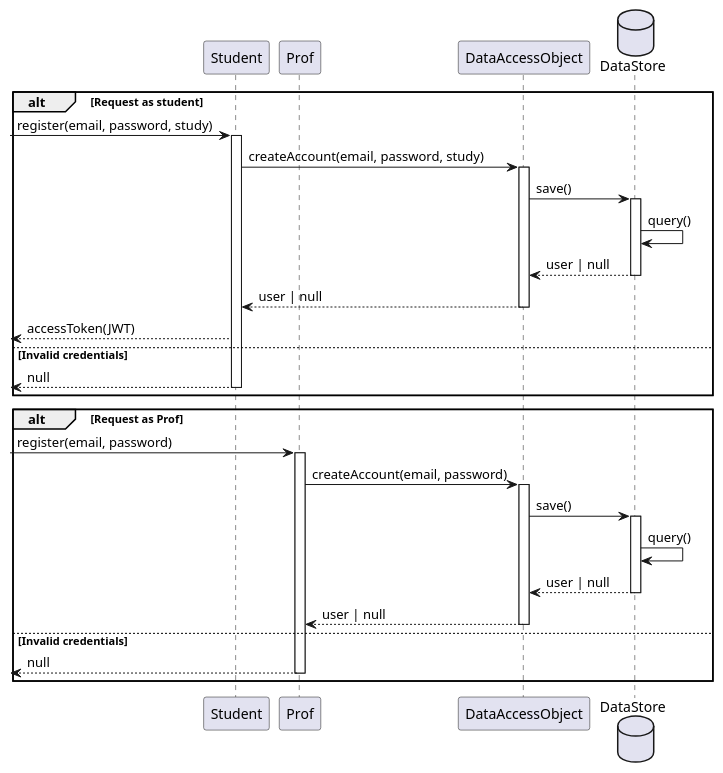
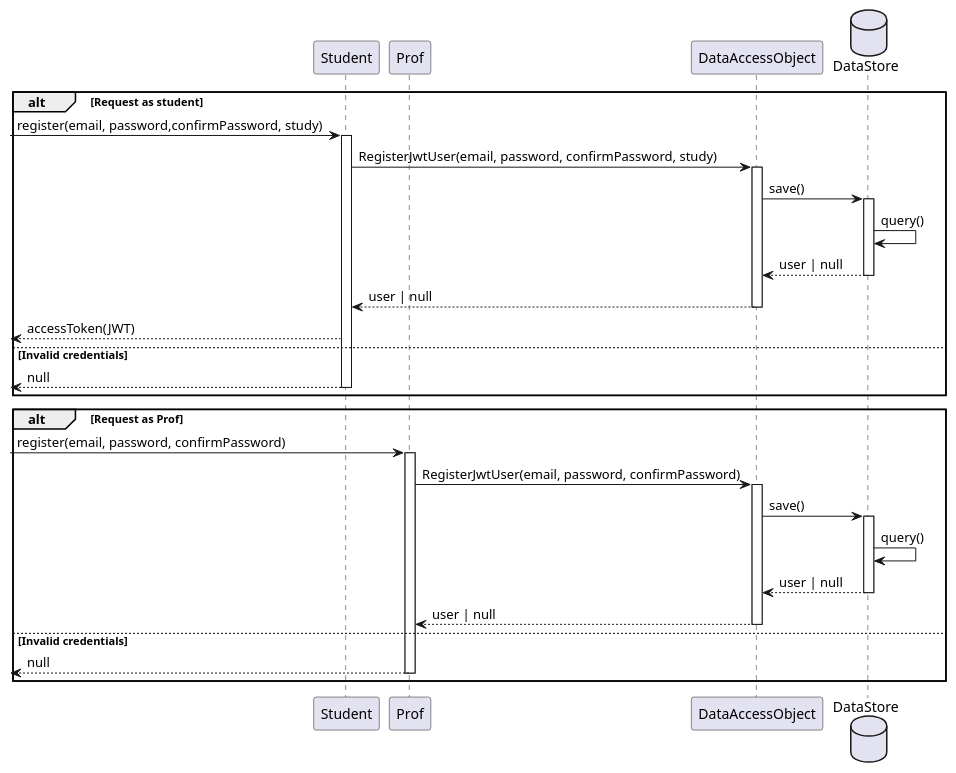
One commit to Singh-Kiran-P/StuNet changed the diagram in Diagrams/Sequence_Diagrams/Auth/Register.puml. Above: the diagram before and after it, drawn with PlantUML.

```diff
--- a/Diagrams/Sequence_Diagrams/Auth/Register.puml
+++ b/Diagrams/Sequence_Diagrams/Auth/Register.puml
@@ -1,45 +1,45 @@
 @startuml Register
 participant Student
 participant Prof
 participant DataAccessObject
 database DataStore
 
 alt Request as student
--> Student: register(email, password, study)
+-> Student: register(email, password,confirmPassword, study)
 activate Student
-    Student -> DataAccessObject: createAccount(email, password, study)
+    Student -> DataAccessObject: RegisterJwtUser(email, password, confirmPassword, study)
     activate DataAccessObject
         DataAccessObject -> DataStore: save()
             activate DataStore
                 DataStore -> DataStore: query()
                 DataStore --> DataAccessObject: user | null
             deactivate DataStore
         DataAccessObject --> Student: user | null
     deactivate DataAccessObject
     <-- Student  : accessToken(JWT)
 else Invalid credentials
 	<-- Student: null
 deactivate Student
 end
 
 alt Request as Prof
--> Prof: register(email, password)
+-> Prof: register(email, password, confirmPassword)
 activate Prof
 
-    Prof -> DataAccessObject: createAccount(email, password)
+    Prof -> DataAccessObject: RegisterJwtUser(email, password, confirmPassword)
     activate DataAccessObject
         DataAccessObject -> DataStore: save()
             activate DataStore
                 DataStore -> DataStore: query()
                 DataStore --> DataAccessObject: user | null
             deactivate DataStore
         DataAccessObject --> Prof: user | null
     deactivate DataAccessObject
 else Invalid credentials
 	<-- Prof: null
 deactivate Prof
 
 end
 
 
 @enduml
```
